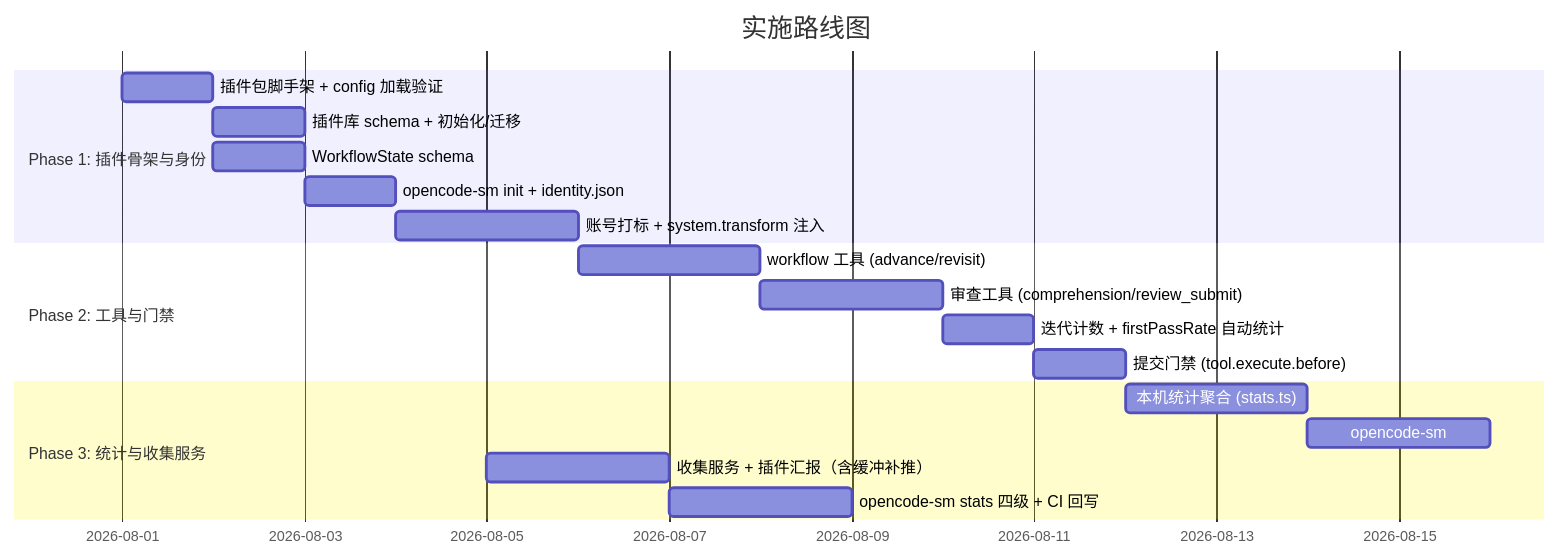
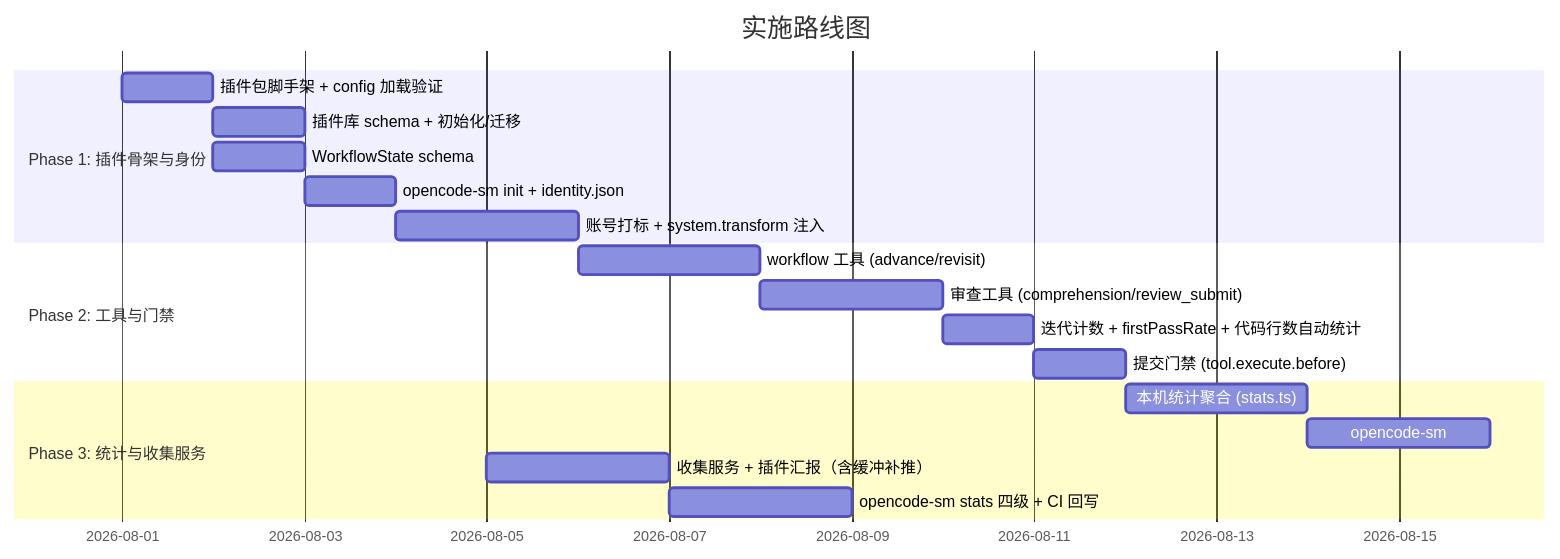
Diagram 15 of 15 in opencode-session-mgmt/docs/session-management.md (wonglaitung/opencode), drawn with Mermaid before and after one commit. The commit also changed other lines of this file, not shown here.

````diff
--- a/opencode-session-mgmt/docs/session-management.md
+++ b/opencode-session-mgmt/docs/session-management.md
@@ -1266,24 +1309,24 @@
 ```mermaid
 gantt
     title 实施路线图
     dateFormat YYYY-MM-DD
 
     section Phase 1: 插件骨架与身份
     插件包脚手架 + config 加载验证      :p1a, 2026-08-01, 1d
     插件库 schema + 初始化/迁移          :p1b, after p1a, 1d
     WorkflowState schema                 :p1c, after p1a, 1d
     opencode-sm init + identity.json     :p1d, after p1b, 1d
     账号打标 + system.transform 注入      :p1e, after p1d, 2d
 
     section Phase 2: 工具与门禁
     workflow 工具 (advance/revisit)       :p2a, after p1e, 2d
     审查工具 (comprehension/review_submit) :p2b, after p2a, 2d
-    迭代计数 + firstPassRate 自动统计     :p2c, after p2b, 1d
+    迭代计数 + firstPassRate + 代码行数自动统计     :p2c, after p2b, 1d
     提交门禁 (tool.execute.before)        :p2d, after p2c, 1d
 
     section Phase 3: 统计与收集服务
     本机统计聚合 (stats.ts)               :p3a, after p2d, 2d
     opencode-sm: tag/workflow/list        :p3b, after p3a, 2d
     收集服务 + 插件汇报（含缓冲补推）        :p3c, after p3b, 2d
     opencode-sm stats 四级 + CI 回写       :p3d, after p3c, 2d
 ```
````
